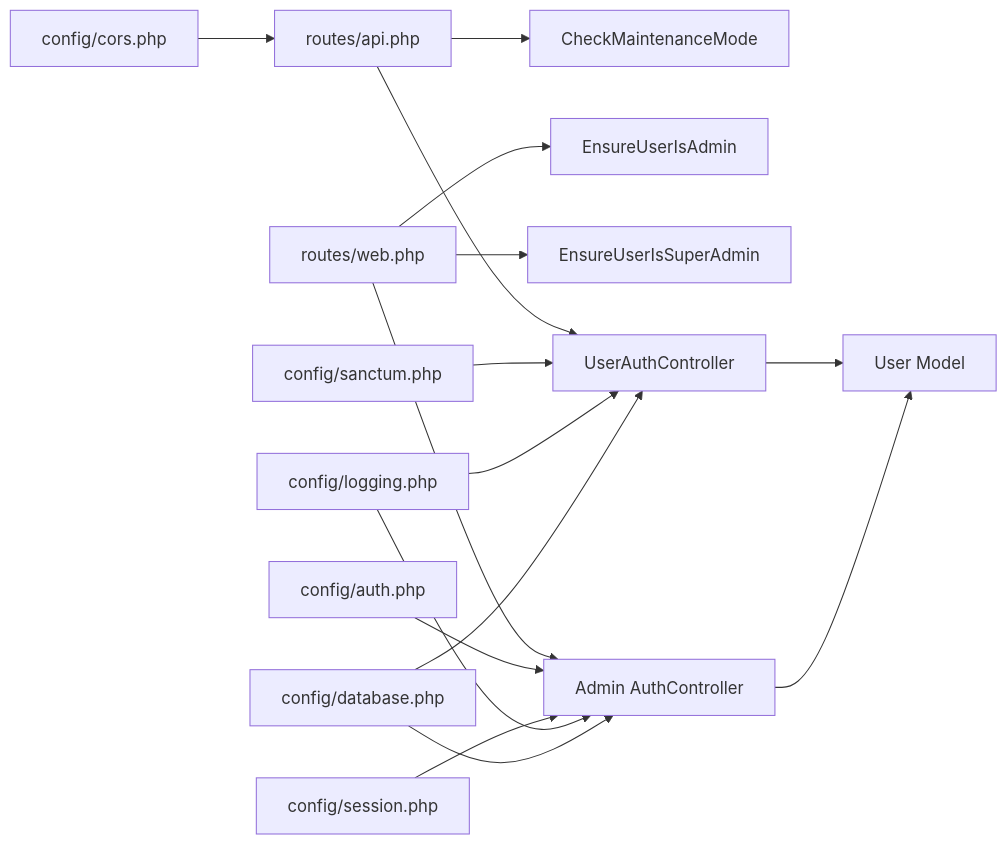
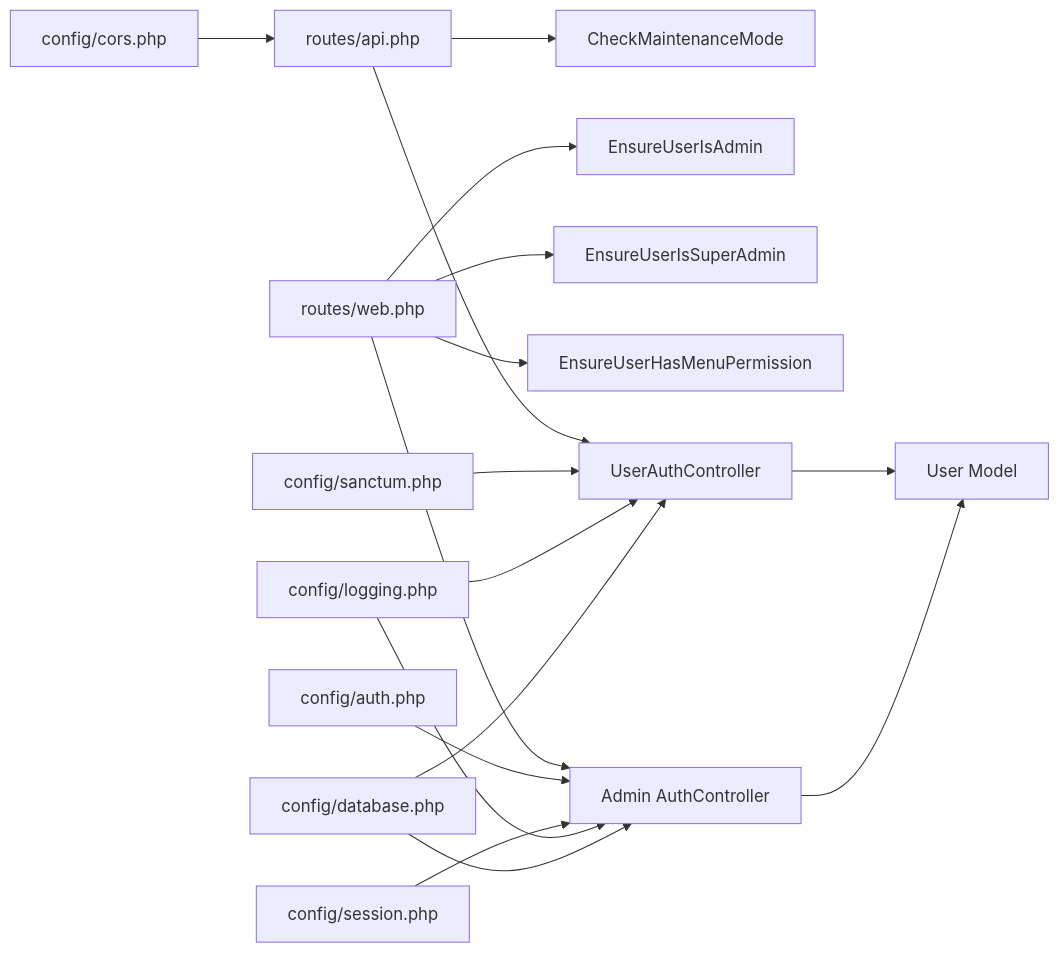
Before and after one commit to mahbub095/bus-app: diagram 11 of 11 in .qoder/repowiki/en/content/System Architecture/Security Architecture.md, drawn with Mermaid. The commit also changed other lines of this file and 119 other files, not shown here.

````diff
--- a/.qoder/repowiki/en/content/System Architecture/Security Architecture.md
+++ b/.qoder/repowiki/en/content/System Architecture/Security Architecture.md
@@ -440,18 +472,19 @@
 ```mermaid
 graph LR
 API["routes/api.php"] --> MM["CheckMaintenanceMode"]
 WEB["routes/web.php"] --> ADM["EnsureUserIsAdmin"]
 WEB --> SUPER["EnsureUserIsSuperAdmin"]
+WEB --> MENU["EnsureUserHasMenuPermission"]
 API --> UC["UserAuthController"]
 WEB --> AC["Admin AuthController"]
 UC --> UM["User Model"]
 AC --> UM
 CFG1["config/sanctum.php"] --> UC
 CFG2["config/auth.php"] --> AC
 CFG3["config/session.php"] --> AC
 CFG4["config/cors.php"] --> API
 CFG5["config/logging.php"] --> UC
 CFG5 --> AC
 CFG6["config/database.php"] --> UC
 CFG6 --> AC
 ```
````
